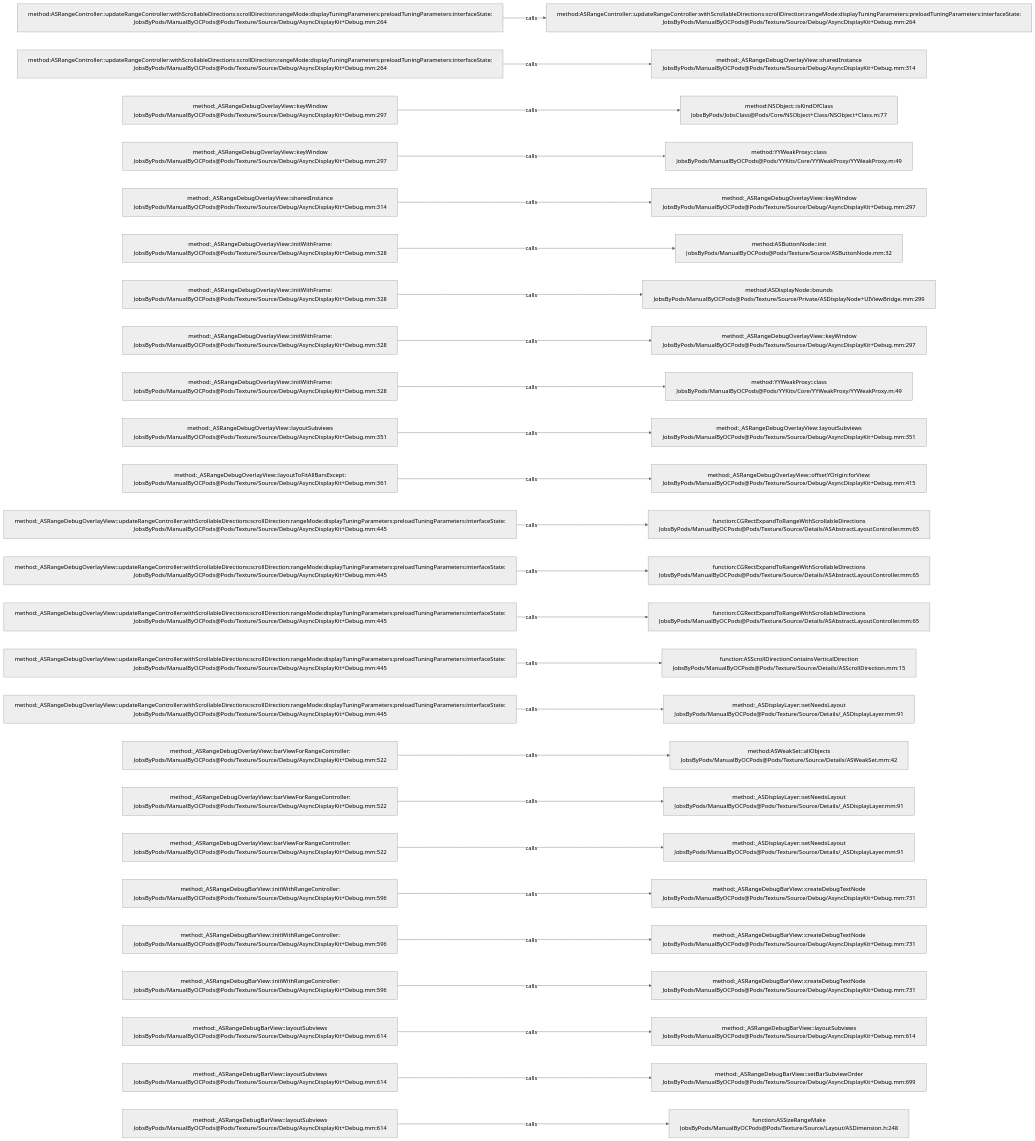
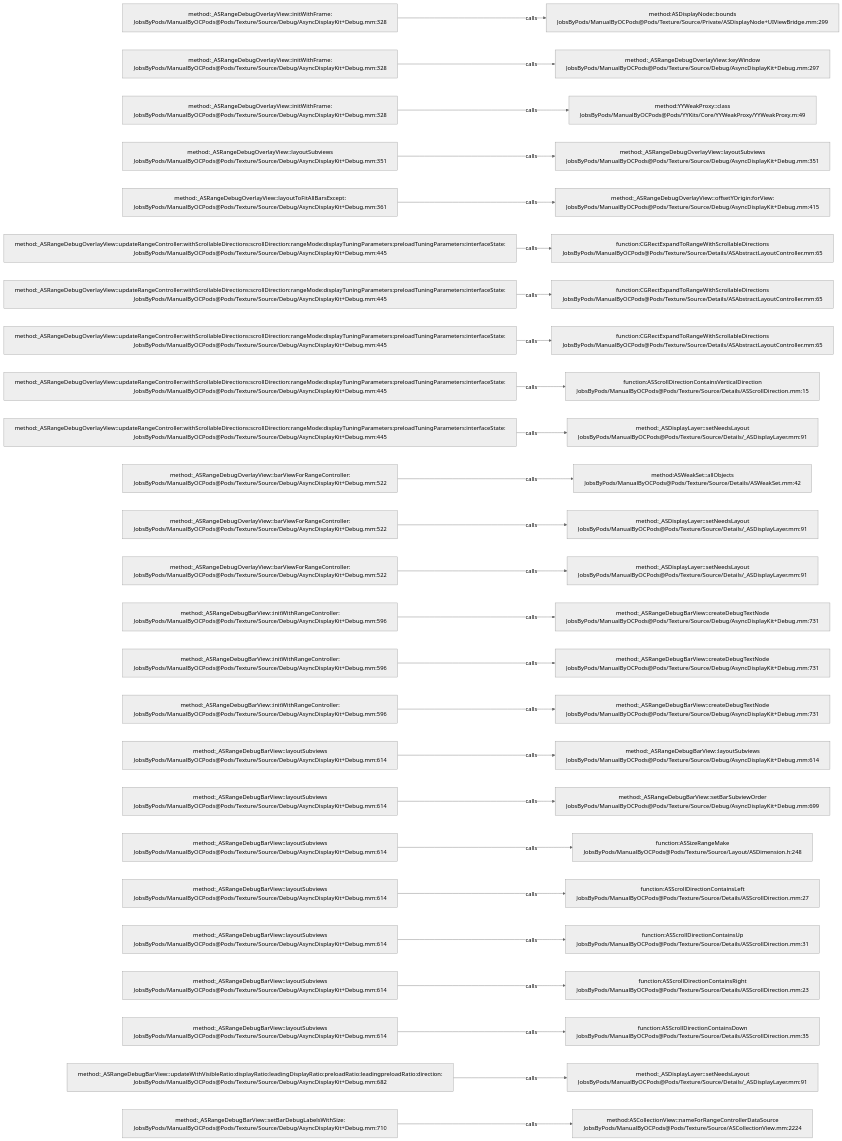
The diagram in .codegraph/codegraph.md/graphs/calls-141.md (JobsKits/JobsOCBaseConfigDemo), drawn with Mermaid (neutral theme) before and after one commit. The commit also changed 666 other files, not shown here.

````diff
--- a/.codegraph/codegraph.md/graphs/calls-141.md
+++ b/.codegraph/codegraph.md/graphs/calls-141.md
@@ -13,78 +13,78 @@
 ```mermaid
 flowchart LR
-  S1["method:ASRangeController::updateRangeController:withScrollableDirections:scrollDirection:rangeMode:displayTuningParameters:preloadTuningParameters:interfaceState:<br/>JobsByPods/ManualByOCPods@Pods/Texture/Source/Debug/AsyncDisplayKit+Debug.mm:264"]
-  T1["method:ASRangeController::updateRangeController:withScrollableDirections:scrollDirection:rangeMode:displayTuningParameters:preloadTuningParameters:interfaceState:<br/>JobsByPods/ManualByOCPods@Pods/Texture/Source/Debug/AsyncDisplayKit+Debug.mm:264"]
+  S1["method:_ASRangeDebugOverlayView::initWithFrame:<br/>JobsByPods/ManualByOCPods@Pods/Texture/Source/Debug/AsyncDisplayKit+Debug.mm:328"]
+  T1["method:ASDisplayNode::bounds<br/>JobsByPods/ManualByOCPods@Pods/Texture/Source/Private/ASDisplayNode+UIViewBridge.mm:299"]
   S1 -->|calls| T1
-  S2["method:ASRangeController::updateRangeController:withScrollableDirections:scrollDirection:rangeMode:displayTuningParameters:preloadTuningParameters:interfaceState:<br/>JobsByPods/ManualByOCPods@Pods/Texture/Source/Debug/AsyncDisplayKit+Debug.mm:264"]
-  T2["method:_ASRangeDebugOverlayView::sharedInstance<br/>JobsByPods/ManualByOCPods@Pods/Texture/Source/Debug/AsyncDisplayKit+Debug.mm:314"]
+  S2["method:_ASRangeDebugOverlayView::initWithFrame:<br/>JobsByPods/ManualByOCPods@Pods/Texture/Source/Debug/AsyncDisplayKit+Debug.mm:328"]
+  T2["method:_ASRangeDebugOverlayView::keyWindow<br/>JobsByPods/ManualByOCPods@Pods/Texture/Source/Debug/AsyncDisplayKit+Debug.mm:297"]
   S2 -->|calls| T2
-  S3["method:_ASRangeDebugOverlayView::keyWindow<br/>JobsByPods/ManualByOCPods@Pods/Texture/Source/Debug/AsyncDisplayKit+Debug.mm:297"]
-  T3["method:NSObject::isKindOfClass<br/>JobsByPods/JobsClass@Pods/Core/NSObject+Class/NSObject+Class.m:77"]
+  S3["method:_ASRangeDebugOverlayView::initWithFrame:<br/>JobsByPods/ManualByOCPods@Pods/Texture/Source/Debug/AsyncDisplayKit+Debug.mm:328"]
+  T3["method:YYWeakProxy::class<br/>JobsByPods/ManualByOCPods@Pods/YYKits/Core/YYWeakProxy/YYWeakProxy.m:49"]
   S3 -->|calls| T3
-  S4["method:_ASRangeDebugOverlayView::keyWindow<br/>JobsByPods/ManualByOCPods@Pods/Texture/Source/Debug/AsyncDisplayKit+Debug.mm:297"]
-  T4["method:YYWeakProxy::class<br/>JobsByPods/ManualByOCPods@Pods/YYKits/Core/YYWeakProxy/YYWeakProxy.m:49"]
+  S4["method:_ASRangeDebugOverlayView::layoutSubviews<br/>JobsByPods/ManualByOCPods@Pods/Texture/Source/Debug/AsyncDisplayKit+Debug.mm:351"]
+  T4["method:_ASRangeDebugOverlayView::layoutSubviews<br/>JobsByPods/ManualByOCPods@Pods/Texture/Source/Debug/AsyncDisplayKit+Debug.mm:351"]
   S4 -->|calls| T4
-  S5["method:_ASRangeDebugOverlayView::sharedInstance<br/>JobsByPods/ManualByOCPods@Pods/Texture/Source/Debug/AsyncDisplayKit+Debug.mm:314"]
-  T5["method:_ASRangeDebugOverlayView::keyWindow<br/>JobsByPods/ManualByOCPods@Pods/Texture/Source/Debug/AsyncDisplayKit+Debug.mm:297"]
+  S5["method:_ASRangeDebugOverlayView::layoutToFitAllBarsExcept:<br/>JobsByPods/ManualByOCPods@Pods/Texture/Source/Debug/AsyncDisplayKit+Debug.mm:361"]
+  T5["method:_ASRangeDebugOverlayView::offsetYOrigin:forView:<br/>JobsByPods/ManualByOCPods@Pods/Texture/Source/Debug/AsyncDisplayKit+Debug.mm:415"]
   S5 -->|calls| T5
-  S6["method:_ASRangeDebugOverlayView::initWithFrame:<br/>JobsByPods/ManualByOCPods@Pods/Texture/Source/Debug/AsyncDisplayKit+Debug.mm:328"]
-  T6["method:ASButtonNode::init<br/>JobsByPods/ManualByOCPods@Pods/Texture/Source/ASButtonNode.mm:32"]
+  S6["method:_ASRangeDebugOverlayView::updateRangeController:withScrollableDirections:scrollDirection:rangeMode:displayTuningParameters:preloadTuningParameters:interfaceState:<br/>JobsByPods/ManualByOCPods@Pods/Texture/Source/Debug/AsyncDisplayKit+Debug.mm:445"]
+  T6["function:CGRectExpandToRangeWithScrollableDirections<br/>JobsByPods/ManualByOCPods@Pods/Texture/Source/Details/ASAbstractLayoutController.mm:65"]
   S6 -->|calls| T6
-  S7["method:_ASRangeDebugOverlayView::initWithFrame:<br/>JobsByPods/ManualByOCPods@Pods/Texture/Source/Debug/AsyncDisplayKit+Debug.mm:328"]
-  T7["method:ASDisplayNode::bounds<br/>JobsByPods/ManualByOCPods@Pods/Texture/Source/Private/ASDisplayNode+UIViewBridge.mm:299"]
+  S7["method:_ASRangeDebugOverlayView::updateRangeController:withScrollableDirections:scrollDirection:rangeMode:displayTuningParameters:preloadTuningParameters:interfaceState:<br/>JobsByPods/ManualByOCPods@Pods/Texture/Source/Debug/AsyncDisplayKit+Debug.mm:445"]
+  T7["function:CGRectExpandToRangeWithScrollableDirections<br/>JobsByPods/ManualByOCPods@Pods/Texture/Source/Details/ASAbstractLayoutController.mm:65"]
   S7 -->|calls| T7
-  S8["method:_ASRangeDebugOverlayView::initWithFrame:<br/>JobsByPods/ManualByOCPods@Pods/Texture/Source/Debug/AsyncDisplayKit+Debug.mm:328"]
-  T8["method:_ASRangeDebugOverlayView::keyWindow<br/>JobsByPods/ManualByOCPods@Pods/Texture/Source/Debug/AsyncDisplayKit+Debug.mm:297"]
+  S8["method:_ASRangeDebugOverlayView::updateRangeController:withScrollableDirections:scrollDirection:rangeMode:displayTuningParameters:preloadTuningParameters:interfaceState:<br/>JobsByPods/ManualByOCPods@Pods/Texture/Source/Debug/AsyncDisplayKit+Debug.mm:445"]
+  T8["function:CGRectExpandToRangeWithScrollableDirections<br/>JobsByPods/ManualByOCPods@Pods/Texture/Source/Details/ASAbstractLayoutController.mm:65"]
   S8 -->|calls| T8
-  S9["method:_ASRangeDebugOverlayView::initWithFrame:<br/>JobsByPods/ManualByOCPods@Pods/Texture/Source/Debug/AsyncDisplayKit+Debug.mm:328"]
-  T9["method:YYWeakProxy::class<br/>JobsByPods/ManualByOCPods@Pods/YYKits/Core/YYWeakProxy/YYWeakProxy.m:49"]
+  S9["method:_ASRangeDebugOverlayView::updateRangeController:withScrollableDirections:scrollDirection:rangeMode:displayTuningParameters:preloadTuningParameters:interfaceState:<br/>JobsByPods/ManualByOCPods@Pods/Texture/Source/Debug/AsyncDisplayKit+Debug.mm:445"]
+  T9["function:ASScrollDirectionContainsVerticalDirection<br/>JobsByPods/ManualByOCPods@Pods/Texture/Source/Details/ASScrollDirection.mm:15"]
   S9 -->|calls| T9
-  S10["method:_ASRangeDebugOverlayView::layoutSubviews<br/>JobsByPods/ManualByOCPods@Pods/Texture/Source/Debug/AsyncDisplayKit+Debug.mm:351"]
-  T10["method:_ASRangeDebugOverlayView::layoutSubviews<br/>JobsByPods/ManualByOCPods@Pods/Texture/Source/Debug/AsyncDisplayKit+Debug.mm:351"]
+  S10["method:_ASRangeDebugOverlayView::updateRangeController:withScrollableDirections:scrollDirection:rangeMode:displayTuningParameters:preloadTuningParameters:interfaceState:<br/>JobsByPods/ManualByOCPods@Pods/Texture/Source/Debug/AsyncDisplayKit+Debug.mm:445"]
+  T10["method:_ASDisplayLayer::setNeedsLayout<br/>JobsByPods/ManualByOCPods@Pods/Texture/Source/Details/_ASDisplayLayer.mm:91"]
   S10 -->|calls| T10
-  S11["method:_ASRangeDebugOverlayView::layoutToFitAllBarsExcept:<br/>JobsByPods/ManualByOCPods@Pods/Texture/Source/Debug/AsyncDisplayKit+Debug.mm:361"]
-  T11["method:_ASRangeDebugOverlayView::offsetYOrigin:forView:<br/>JobsByPods/ManualByOCPods@Pods/Texture/Source/Debug/AsyncDisplayKit+Debug.mm:415"]
+  S11["method:_ASRangeDebugOverlayView::barViewForRangeController:<br/>JobsByPods/ManualByOCPods@Pods/Texture/Source/Debug/AsyncDisplayKit+Debug.mm:522"]
+  T11["method:ASWeakSet::allObjects<br/>JobsByPods/ManualByOCPods@Pods/Texture/Source/Details/ASWeakSet.mm:42"]
   S11 -->|calls| T11
-  S12["method:_ASRangeDebugOverlayView::updateRangeController:withScrollableDirections:scrollDirection:rangeMode:displayTuningParameters:preloadTuningParameters:interfaceState:<br/>JobsByPods/ManualByOCPods@Pods/Texture/Source/Debug/AsyncDisplayKit+Debug.mm:445"]
-  T12["function:CGRectExpandToRangeWithScrollableDirections<br/>JobsByPods/ManualByOCPods@Pods/Texture/Source/Details/ASAbstractLayoutController.mm:65"]
+  S12["method:_ASRangeDebugOverlayView::barViewForRangeController:<br/>JobsByPods/ManualByOCPods@Pods/Texture/Source/Debug/AsyncDisplayKit+Debug.mm:522"]
+  T12["method:_ASDisplayLayer::setNeedsLayout<br/>JobsByPods/ManualByOCPods@Pods/Texture/Source/Details/_ASDisplayLayer.mm:91"]
   S12 -->|calls| T12
-  S13["method:_ASRangeDebugOverlayView::updateRangeController:withScrollableDirections:scrollDirection:rangeMode:displayTuningParameters:preloadTuningParameters:interfaceState:<br/>JobsByPods/ManualByOCPods@Pods/Texture/Source/Debug/AsyncDisplayKit+Debug.mm:445"]
-  T13["function:CGRectExpandToRangeWithScrollableDirections<br/>JobsByPods/ManualByOCPods@Pods/Texture/Source/Details/ASAbstractLayoutController.mm:65"]
+  S13["method:_ASRangeDebugOverlayView::barViewForRangeController:<br/>JobsByPods/ManualByOCPods@Pods/Texture/Source/Debug/AsyncDisplayKit+Debug.mm:522"]
+  T13["method:_ASDisplayLayer::setNeedsLayout<br/>JobsByPods/ManualByOCPods@Pods/Texture/Source/Details/_ASDisplayLayer.mm:91"]
   S13 -->|calls| T13
-  S14["method:_ASRangeDebugOverlayView::updateRangeController:withScrollableDirections:scrollDirection:rangeMode:displayTuningParameters:preloadTuningParameters:interfaceState:<br/>JobsByPods/ManualByOCPods@Pods/Texture/Source/Debug/AsyncDisplayKit+Debug.mm:445"]
-  T14["function:CGRectExpandToRangeWithScrollableDirections<br/>JobsByPods/ManualByOCPods@Pods/Texture/Source/Details/ASAbstractLayoutController.mm:65"]
+  S14["method:_ASRangeDebugBarView::initWithRangeController:<br/>JobsByPods/ManualByOCPods@Pods/Texture/Source/Debug/AsyncDisplayKit+Debug.mm:596"]
+  T14["method:_ASRangeDebugBarView::createDebugTextNode<br/>JobsByPods/ManualByOCPods@Pods/Texture/Source/Debug/AsyncDisplayKit+Debug.mm:731"]
   S14 -->|calls| T14
-  S15["method:_ASRangeDebugOverlayView::updateRangeController:withScrollableDirections:scrollDirection:rangeMode:displayTuningParameters:preloadTuningParameters:interfaceState:<br/>JobsByPods/ManualByOCPods@Pods/Texture/Source/Debug/AsyncDisplayKit+Debug.mm:445"]
-  T15["function:ASScrollDirectionContainsVerticalDirection<br/>JobsByPods/ManualByOCPods@Pods/Texture/Source/Details/ASScrollDirection.mm:15"]
+  S15["method:_ASRangeDebugBarView::initWithRangeController:<br/>JobsByPods/ManualByOCPods@Pods/Texture/Source/Debug/AsyncDisplayKit+Debug.mm:596"]
+  T15["method:_ASRangeDebugBarView::createDebugTextNode<br/>JobsByPods/ManualByOCPods@Pods/Texture/Source/Debug/AsyncDisplayKit+Debug.mm:731"]
   S15 -->|calls| T15
-  S16["method:_ASRangeDebugOverlayView::updateRangeController:withScrollableDirections:scrollDirection:rangeMode:displayTuningParameters:preloadTuningParameters:interfaceState:<br/>JobsByPods/ManualByOCPods@Pods/Texture/Source/Debug/AsyncDisplayKit+Debug.mm:445"]
-  T16["method:_ASDisplayLayer::setNeedsLayout<br/>JobsByPods/ManualByOCPods@Pods/Texture/Source/Details/_ASDisplayLayer.mm:91"]
+  S16["method:_ASRangeDebugBarView::initWithRangeController:<br/>JobsByPods/ManualByOCPods@Pods/Texture/Source/Debug/AsyncDisplayKit+Debug.mm:596"]
+  T16["method:_ASRangeDebugBarView::createDebugTextNode<br/>JobsByPods/ManualByOCPods@Pods/Texture/Source/Debug/AsyncDisplayKit+Debug.mm:731"]
   S16 -->|calls| T16
-  S17["method:_ASRangeDebugOverlayView::barViewForRangeController:<br/>JobsByPods/ManualByOCPods@Pods/Texture/Source/Debug/AsyncDisplayKit+Debug.mm:522"]
-  T17["method:ASWeakSet::allObjects<br/>JobsByPods/ManualByOCPods@Pods/Texture/Source/Details/ASWeakSet.mm:42"]
+  S17["method:_ASRangeDebugBarView::layoutSubviews<br/>JobsByPods/ManualByOCPods@Pods/Texture/Source/Debug/AsyncDisplayKit+Debug.mm:614"]
+  T17["method:_ASRangeDebugBarView::layoutSubviews<br/>JobsByPods/ManualByOCPods@Pods/Texture/Source/Debug/AsyncDisplayKit+Debug.mm:614"]
   S17 -->|calls| T17
-  S18["method:_ASRangeDebugOverlayView::barViewForRangeController:<br/>JobsByPods/ManualByOCPods@Pods/Texture/Source/Debug/AsyncDisplayKit+Debug.mm:522"]
-  T18["method:_ASDisplayLayer::setNeedsLayout<br/>JobsByPods/ManualByOCPods@Pods/Texture/Source/Details/_ASDisplayLayer.mm:91"]
+  S18["method:_ASRangeDebugBarView::layoutSubviews<br/>JobsByPods/ManualByOCPods@Pods/Texture/Source/Debug/AsyncDisplayKit+Debug.mm:614"]
+  T18["method:_ASRangeDebugBarView::setBarSubviewOrder<br/>JobsByPods/ManualByOCPods@Pods/Texture/Source/Debug/AsyncDisplayKit+Debug.mm:699"]
   S18 -->|calls| T18
-  S19["method:_ASRangeDebugOverlayView::barViewForRangeController:<br/>JobsByPods/ManualByOCPods@Pods/Texture/Source/Debug/AsyncDisplayKit+Debug.mm:522"]
-  T19["method:_ASDisplayLayer::setNeedsLayout<br/>JobsByPods/ManualByOCPods@Pods/Texture/Source/Details/_ASDisplayLayer.mm:91"]
+  S19["method:_ASRangeDebugBarView::layoutSubviews<br/>JobsByPods/ManualByOCPods@Pods/Texture/Source/Debug/AsyncDisplayKit+Debug.mm:614"]
+  T19["function:ASSizeRangeMake<br/>JobsByPods/ManualByOCPods@Pods/Texture/Source/Layout/ASDimension.h:248"]
   S19 -->|calls| T19
-  S20["method:_ASRangeDebugBarView::initWithRangeController:<br/>JobsByPods/ManualByOCPods@Pods/Texture/Source/Debug/AsyncDisplayKit+Debug.mm:596"]
-  T20["method:_ASRangeDebugBarView::createDebugTextNode<br/>JobsByPods/ManualByOCPods@Pods/Texture/Source/Debug/AsyncDisplayKit+Debug.mm:731"]
+  S20["method:_ASRangeDebugBarView::layoutSubviews<br/>JobsByPods/ManualByOCPods@Pods/Texture/Source/Debug/AsyncDisplayKit+Debug.mm:614"]
+  T20["function:ASScrollDirectionContainsLeft<br/>JobsByPods/ManualByOCPods@Pods/Texture/Source/Details/ASScrollDirection.mm:27"]
   S20 -->|calls| T20
-  S21["method:_ASRangeDebugBarView::initWithRangeController:<br/>JobsByPods/ManualByOCPods@Pods/Texture/Source/Debug/AsyncDisplayKit+Debug.mm:596"]
-  T21["method:_ASRangeDebugBarView::createDebugTextNode<br/>JobsByPods/ManualByOCPods@Pods/Texture/Source/Debug/AsyncDisplayKit+Debug.mm:731"]
+  S21["method:_ASRangeDebugBarView::layoutSubviews<br/>JobsByPods/ManualByOCPods@Pods/Texture/Source/Debug/AsyncDisplayKit+Debug.mm:614"]
+  T21["function:ASScrollDirectionContainsUp<br/>JobsByPods/ManualByOCPods@Pods/Texture/Source/Details/ASScrollDirection.mm:31"]
   S21 -->|calls| T21
-  S22["method:_ASRangeDebugBarView::initWithRangeController:<br/>JobsByPods/ManualByOCPods@Pods/Texture/Source/Debug/AsyncDisplayKit+Debug.mm:596"]
-  T22["method:_ASRangeDebugBarView::createDebugTextNode<br/>JobsByPods/ManualByOCPods@Pods/Texture/Source/Debug/AsyncDisplayKit+Debug.mm:731"]
+  S22["method:_ASRangeDebugBarView::layoutSubviews<br/>JobsByPods/ManualByOCPods@Pods/Texture/Source/Debug/AsyncDisplayKit+Debug.mm:614"]
+  T22["function:ASScrollDirectionContainsRight<br/>JobsByPods/ManualByOCPods@Pods/Texture/Source/Details/ASScrollDirection.mm:23"]
   S22 -->|calls| T22
   S23["method:_ASRangeDebugBarView::layoutSubviews<br/>JobsByPods/ManualByOCPods@Pods/Texture/Source/Debug/AsyncDisplayKit+Debug.mm:614"]
-  T23["method:_ASRangeDebugBarView::layoutSubviews<br/>JobsByPods/ManualByOCPods@Pods/Texture/Source/Debug/AsyncDisplayKit+Debug.mm:614"]
+  T23["function:ASScrollDirectionContainsDown<br/>JobsByPods/ManualByOCPods@Pods/Texture/Source/Details/ASScrollDirection.mm:35"]
   S23 -->|calls| T23
-  S24["method:_ASRangeDebugBarView::layoutSubviews<br/>JobsByPods/ManualByOCPods@Pods/Texture/Source/Debug/AsyncDisplayKit+Debug.mm:614"]
-  T24["method:_ASRangeDebugBarView::setBarSubviewOrder<br/>JobsByPods/ManualByOCPods@Pods/Texture/Source/Debug/AsyncDisplayKit+Debug.mm:699"]
+  S24["method:_ASRangeDebugBarView::updateWithVisibleRatio:displayRatio:leadingDisplayRatio:preloadRatio:leadingpreloadRatio:direction:<br/>JobsByPods/ManualByOCPods@Pods/Texture/Source/Debug/AsyncDisplayKit+Debug.mm:682"]
+  T24["method:_ASDisplayLayer::setNeedsLayout<br/>JobsByPods/ManualByOCPods@Pods/Texture/Source/Details/_ASDisplayLayer.mm:91"]
   S24 -->|calls| T24
-  S25["method:_ASRangeDebugBarView::layoutSubviews<br/>JobsByPods/ManualByOCPods@Pods/Texture/Source/Debug/AsyncDisplayKit+Debug.mm:614"]
-  T25["function:ASSizeRangeMake<br/>JobsByPods/ManualByOCPods@Pods/Texture/Source/Layout/ASDimension.h:248"]
+  S25["method:_ASRangeDebugBarView::setBarDebugLabelsWithSize:<br/>JobsByPods/ManualByOCPods@Pods/Texture/Source/Debug/AsyncDisplayKit+Debug.mm:710"]
+  T25["method:ASCollectionView::nameForRangeControllerDataSource<br/>JobsByPods/ManualByOCPods@Pods/Texture/Source/ASCollectionView.mm:2224"]
   S25 -->|calls| T25
 ```
````
